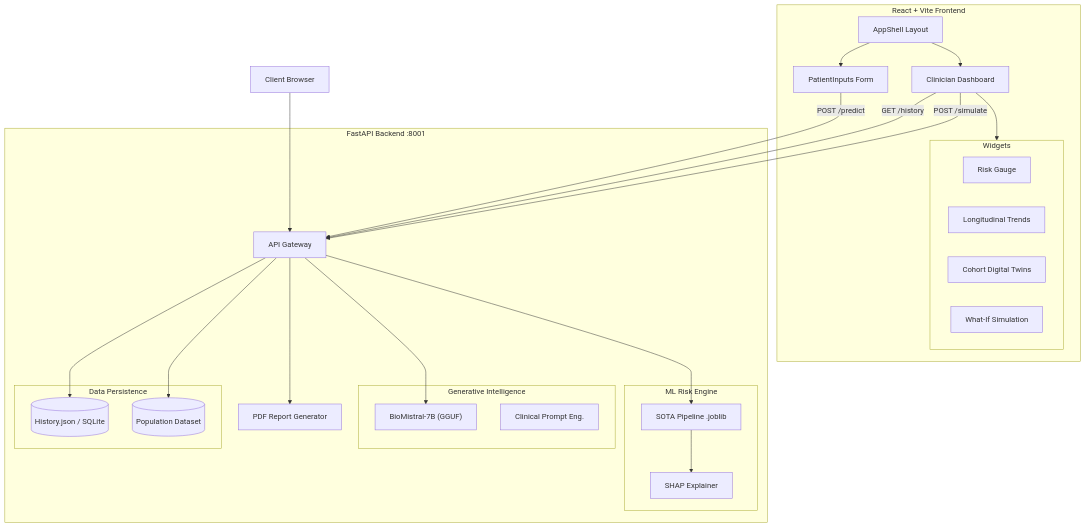
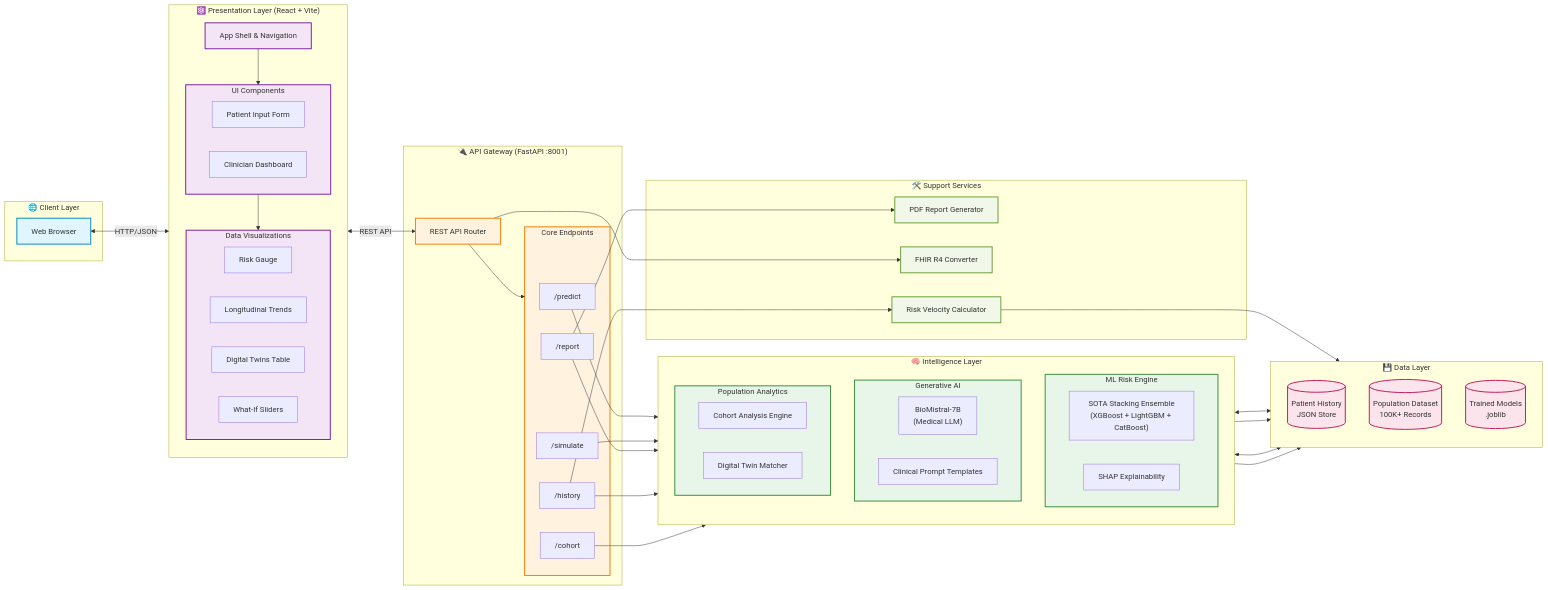
Before and after one commit to archittmittal/clinical-risk-predictor: the first of 3 diagrams in README.md, drawn with Mermaid.

Commit message:
docs: Redesign system architecture diagram with layered structure and visual hierarchy

````diff
--- a/README.md
+++ b/README.md
@@ -83,56 +83,111 @@
 ```mermaid
-graph TD
-    Client[Client Browser]
+graph LR
+    subgraph Client["🌐 Client Layer"]
+        Browser[Web Browser]
+    end
     
-    subgraph Frontend [React + Vite Frontend]
-        Shell[AppShell Layout]
-        Inputs[PatientInputs Form]
-        Dashboard[Clinician Dashboard]
+    subgraph Presentation["⚛️ Presentation Layer (React + Vite)"]
+        direction TB
+        AppShell[App Shell & Navigation]
         
-        Shell --> Inputs
-        Shell --> Dashboard
-        
-        subgraph Widgets
-            Gauge[Risk Gauge]
-            Trends[Longitudinal Trends]
-            Twins[Cohort Digital Twins]
-            Sim[What-If Simulation]
+        subgraph UI_Components["UI Components"]
+            PatientForm[Patient Input Form]
+            Dashboard[Clinician Dashboard]
         end
         
-        Dashboard --> Widgets
+        subgraph Visualizations["Data Visualizations"]
+            RiskGauge[Risk Gauge]
+            TrendChart[Longitudinal Trends]
+            CohortView[Digital Twins Table]
+            SimSliders[What-If Sliders]
+        end
+        
+        AppShell --> UI_Components
+        UI_Components --> Visualizations
     end
     
-    subgraph Backend [FastAPI Backend :8001]
-        API[API Gateway]
+    subgraph API_Layer["🔌 API Gateway (FastAPI :8001)"]
+        Router[REST API Router]
         
-        subgraph CoreML [ML Risk Engine]
-            Pipeline[SOTA Pipeline .joblib]
-            SHAP[SHAP Explainer]
+        subgraph Endpoints["Core Endpoints"]
+            PredictEP["/predict"]
+            SimulateEP["/simulate"]
+            ReportEP["/report"]
+            HistoryEP["/history"]
+            CohortEP["/cohort"]
         end
         
-        subgraph GenAI [Generative Intelligence]
-            LLM["BioMistral-7B (GGUF)"]
-            Prompt[Clinical Prompt Eng.]
+        Router --> Endpoints
+    end
+    
+    subgraph Intelligence["🧠 Intelligence Layer"]
+        direction TB
+        
+        subgraph ML_Engine["ML Risk Engine"]
+            Ensemble["SOTA Stacking Ensemble<br/>(XGBoost + LightGBM + CatBoost)"]
+            Explainer["SHAP Explainability"]
         end
         
-        subgraph DataLayer [Data Persistence]
-            History[("History.json / SQLite")]
-            CohortDB[("Population Dataset")]
+        subgraph AI_Engine["Generative AI"]
+            BioMistral["BioMistral-7B<br/>(Medical LLM)"]
+            PromptEngine[Clinical Prompt Templates]
         end
         
-        PDF[PDF Report Generator]
+        subgraph Analytics["Population Analytics"]
+            CohortEngine[Cohort Analysis Engine]
+            TwinFinder[Digital Twin Matcher]
+        end
     end
     
-    Client --> API
-    Inputs -->|POST /predict| API
-    Dashboard -->|GET /history| API
-    Dashboard -->|POST /simulate| API
+    subgraph Data["💾 Data Layer"]
+        direction TB
+        PatientHistory[("Patient History<br/>JSON Store")]
+        PopulationDB[("Population Dataset<br/>100K+ Records")]
+        ModelArtifacts[("Trained Models<br/>.joblib")]
+    end
     
-    API --> Pipeline
-    Pipeline --> SHAP
+    subgraph Services["🛠️ Support Services"]
+        PDFGen[PDF Report Generator]
+        FHIRConv[FHIR R4 Converter]
+        VelocityCalc[Risk Velocity Calculator]
+    end
     
-    API --> LLM
-    API --> History
-    API --> CohortDB
-    API --> PDF
+    %% Client to Presentation
+    Browser <-->|HTTP/JSON| Presentation
+    
+    %% Presentation to API
+    Presentation <-->|REST API| Router
+    
+    %% API to Intelligence
+    PredictEP --> ML_Engine
+    SimulateEP --> ML_Engine
+    ReportEP --> AI_Engine
+    HistoryEP --> Analytics
+    CohortEP --> Analytics
+    
+    %% Intelligence to Data
+    ML_Engine <--> ModelArtifacts
+    ML_Engine --> PatientHistory
+    Analytics <--> PopulationDB
+    AI_Engine --> PatientHistory
+    
+    %% Services Integration
+    ReportEP --> PDFGen
+    Router --> FHIRConv
+    HistoryEP --> VelocityCalc
+    VelocityCalc --> PatientHistory
+    
+    classDef clientStyle fill:#e1f5ff,stroke:#0288d1,stroke-width:2px
+    classDef frontendStyle fill:#f3e5f5,stroke:#7b1fa2,stroke-width:2px
+    classDef apiStyle fill:#fff3e0,stroke:#f57c00,stroke-width:2px
+    classDef intelligenceStyle fill:#e8f5e9,stroke:#388e3c,stroke-width:2px
+    classDef dataStyle fill:#fce4ec,stroke:#c2185b,stroke-width:2px
+    classDef serviceStyle fill:#f1f8e9,stroke:#689f38,stroke-width:2px
+    
+    class Browser clientStyle
+    class AppShell,UI_Components,Visualizations frontendStyle
+    class Router,Endpoints apiStyle
+    class ML_Engine,AI_Engine,Analytics intelligenceStyle
+    class PatientHistory,PopulationDB,ModelArtifacts dataStyle
+    class PDFGen,FHIRConv,VelocityCalc serviceStyle
 ```
````
